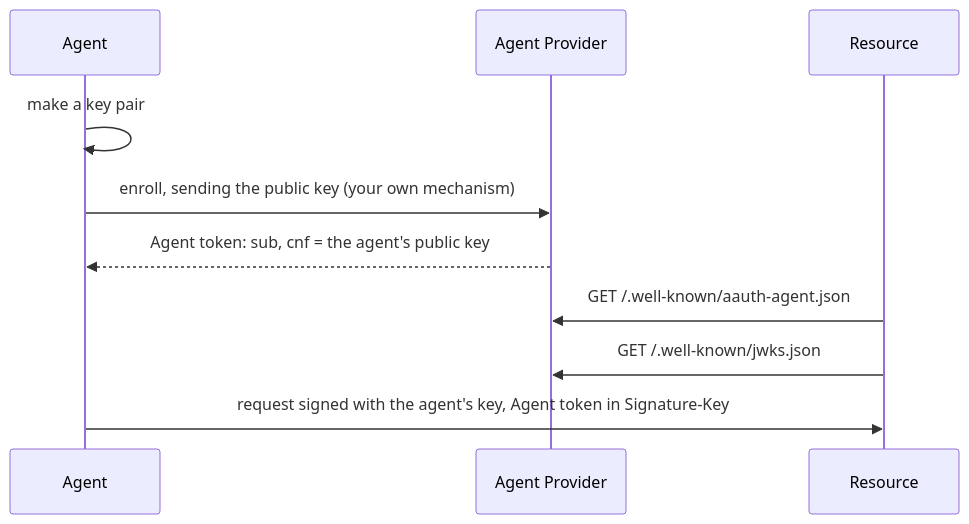
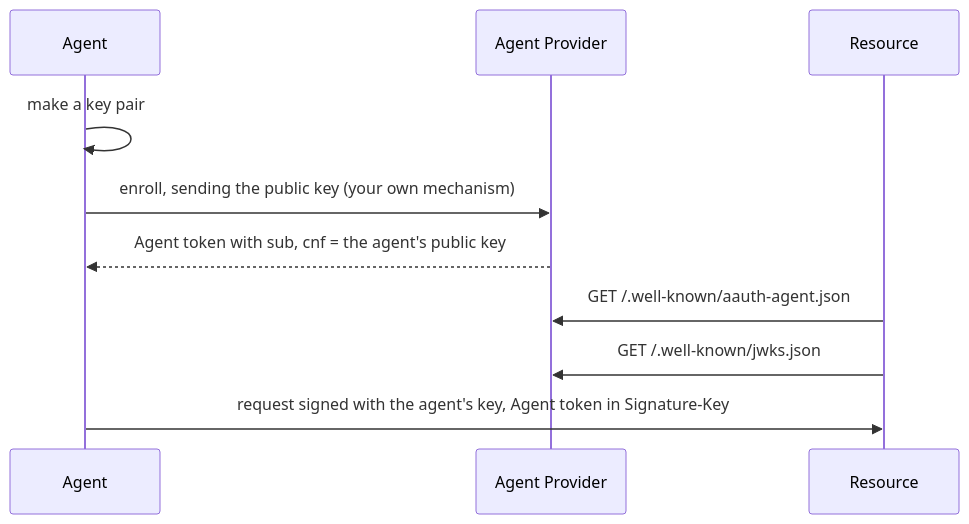
One commit to sidecat-dev/aauth-rust changed the diagram in docs/roles/agent-provider.md. Above: the diagram before and after it, drawn with Mermaid. The commit also changed 14 other files, not shown here.

First line of the commit message:
docs: make every mermaid diagram render on GitLab

````diff
--- a/docs/roles/agent-provider.md
+++ b/docs/roles/agent-provider.md
@@ -14,12 +14,12 @@
 ```mermaid
 sequenceDiagram
     participant Agent
     participant AP as Agent Provider
     participant Resource
-    Agent->>Agent: make a key pair
-    Agent->>AP: enroll, sending the public key (your own mechanism)
-    AP-->>Agent: Agent token: sub, cnf = the agent's public key
-    Resource->>AP: GET /.well-known/aauth-agent.json
-    Resource->>AP: GET /.well-known/jwks.json
-    Agent->>Resource: request signed with the agent's key, Agent token in Signature-Key
+    Agent->>Agent : make a key pair
+    Agent->>AP : enroll, sending the public key (your own mechanism)
+    AP-->>Agent : Agent token with sub, cnf = the agent's public key
+    Resource->>AP : GET /.well-known/aauth-agent.json
+    Resource->>AP : GET /.well-known/jwks.json
+    Agent->>Resource : request signed with the agent's key, Agent token in Signature-Key
 ```
````
